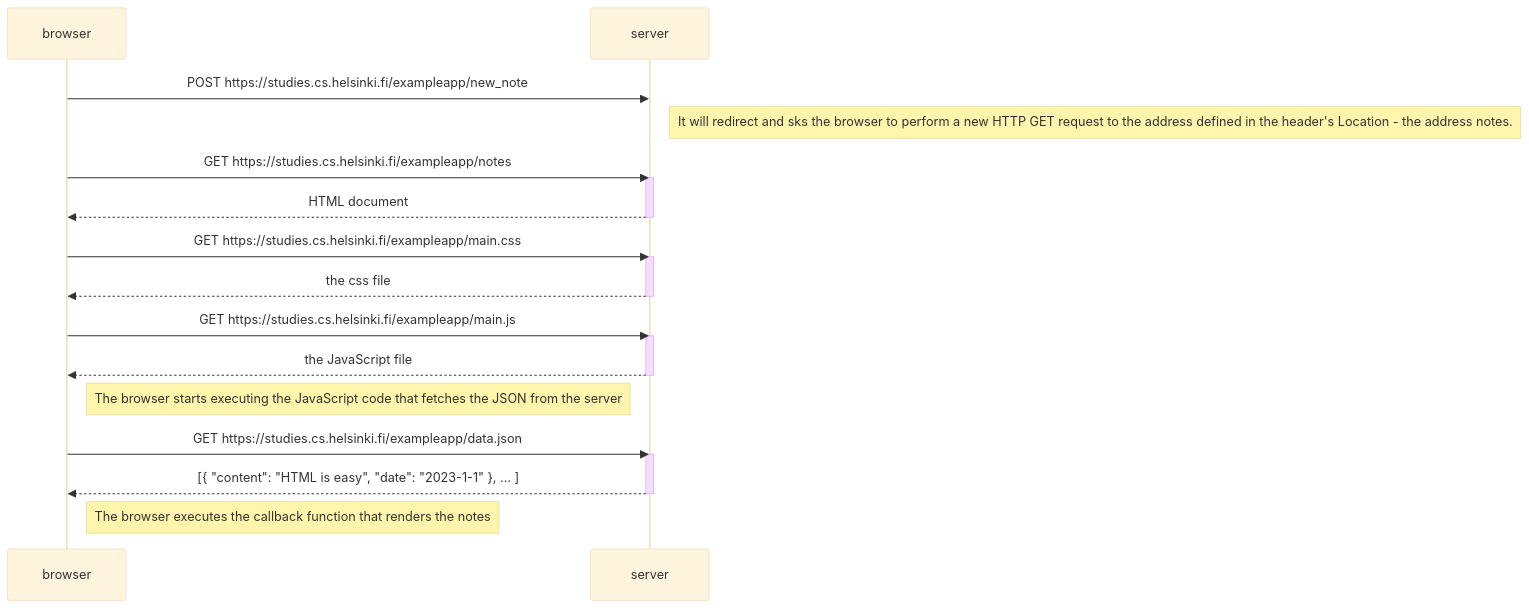
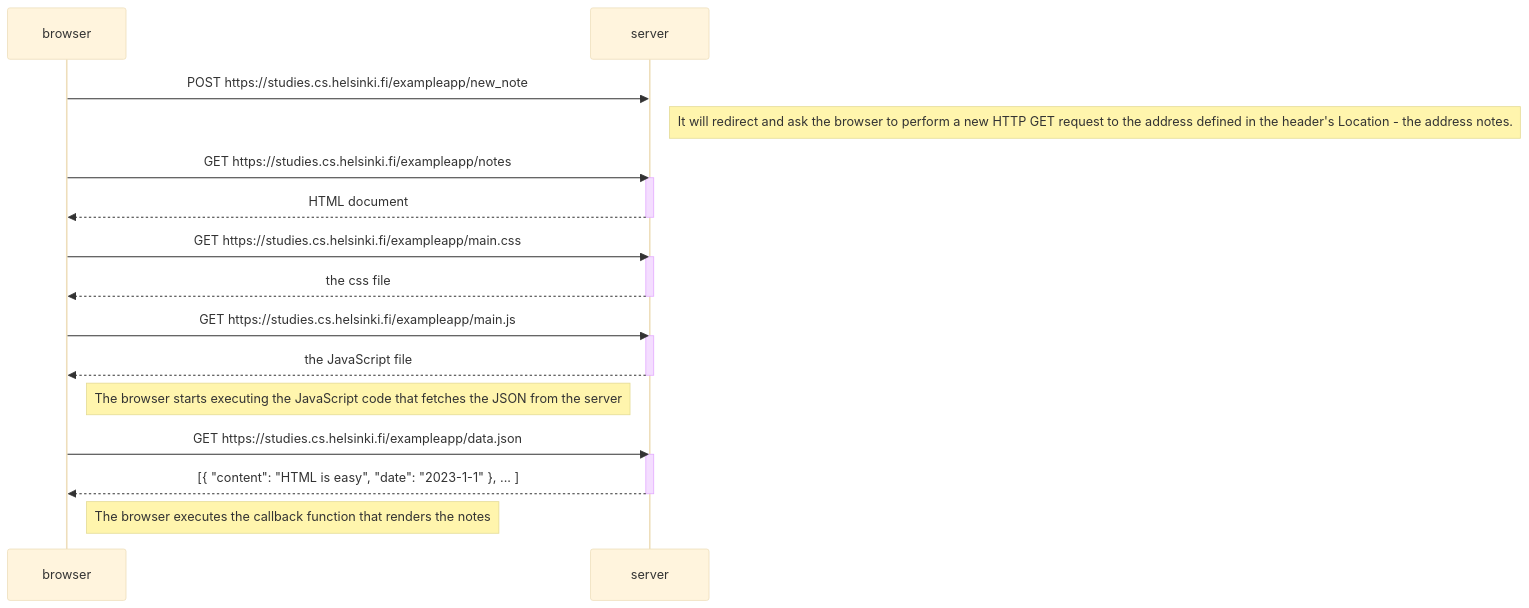
One commit to manojrai200/fullstackopen-mr changed the diagram in part0/0_4.md. Above: the diagram before and after it, drawn with Mermaid (base theme).

````diff
--- a/part0/0_4.md
+++ b/part0/0_4.md
@@ -1,33 +1,33 @@
 ```mermaid
     sequenceDiagram
         participant browser
         participant server
 
         browser->>server: POST https://studies.cs.helsinki.fi/exampleapp/new_note
-        Note right of server: It will redirect and sks the browser to perform a new HTTP GET request to the address defined in the header's Location - the address notes.
+        Note right of server: It will redirect and ask the browser to perform a new HTTP GET request to the address defined in the header's Location - the address notes.
 
         browser->>server: GET https://studies.cs.helsinki.fi/exampleapp/notes
         activate server
         server-->>browser: HTML document
         deactivate server
 
         browser->>server: GET https://studies.cs.helsinki.fi/exampleapp/main.css
         activate server
         server-->>browser: the css file
         deactivate server
 
         browser->>server: GET https://studies.cs.helsinki.fi/exampleapp/main.js
         activate server
         server-->>browser: the JavaScript file
         deactivate server
 
         Note right of browser: The browser starts executing the JavaScript code that fetches the JSON from the server
 
         browser->>server: GET https://studies.cs.helsinki.fi/exampleapp/data.json
         activate server
         server-->>browser: [{ "content": "HTML is easy", "date": "2023-1-1" }, ... ]
         deactivate server
 
         Note right of browser: The browser executes the callback function that renders the notes
 
 ```
````
